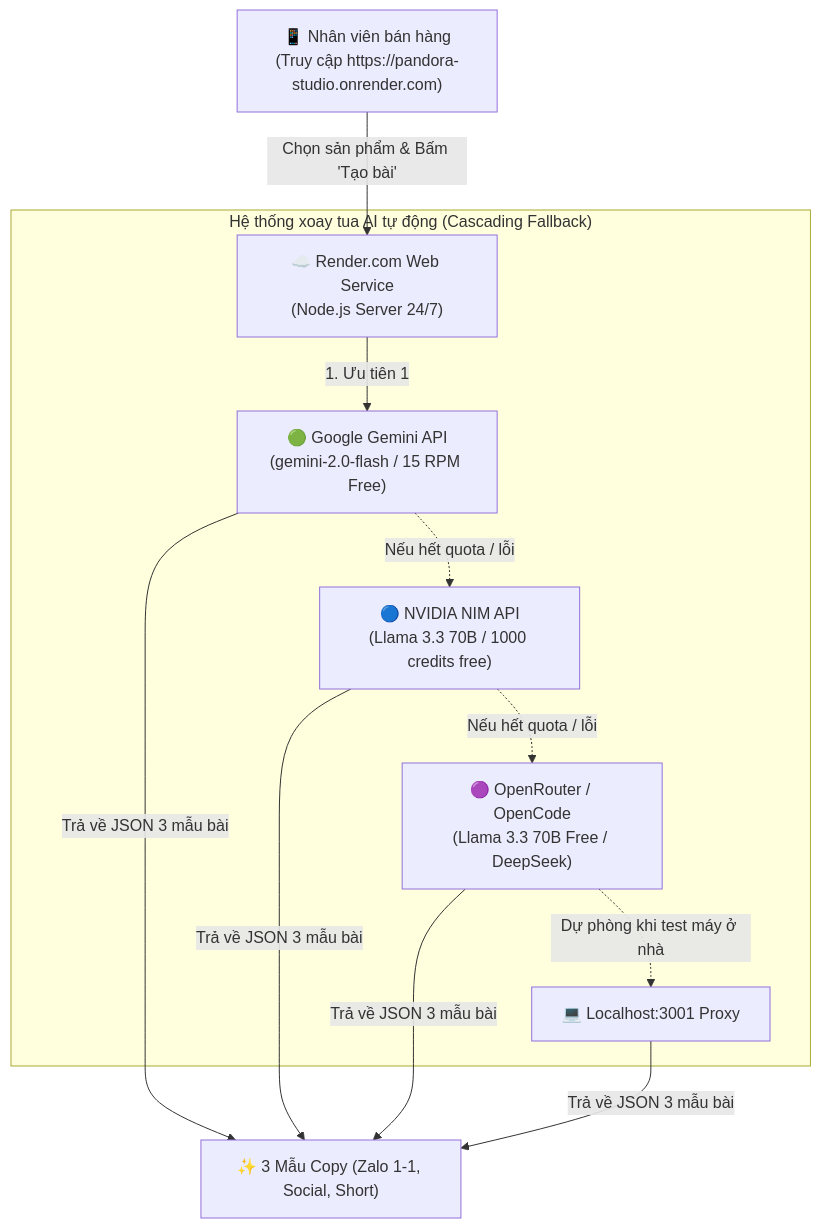
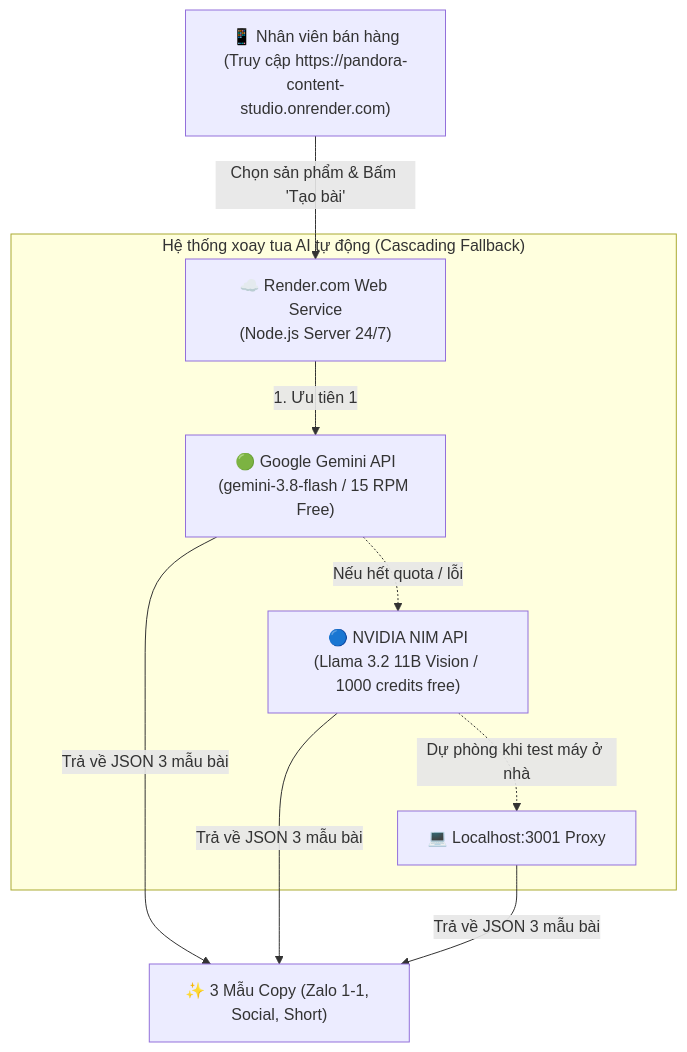
One commit to nguyenquocminhtrading-design/pandora-content-studio changed the diagram in PLAN_DEPLOY_RENDER.md. Above: the diagram before and after it, drawn with Mermaid. The commit also changed other lines of this file and 3 other files, not shown here.

Commit message:
feat: upgrade to gemini-3.8-flash & nvidia llama-3.2-11b, remove openrouter

````diff
--- a/PLAN_DEPLOY_RENDER.md
+++ b/PLAN_DEPLOY_RENDER.md
@@ -12,16 +12,14 @@
 ```mermaid
 flowchart TD
-    Staff["📱 Nhân viên bán hàng\n(Truy cập https://pandora-studio.onrender.com)"] -->|Chọn sản phẩm & Bấm 'Tạo bài'| Render["☁️ Render.com Web Service\n(Node.js Server 24/7)"]
+    Staff["📱 Nhân viên bán hàng\n(Truy cập https://pandora-content-studio.onrender.com)"] -->|Chọn sản phẩm & Bấm 'Tạo bài'| Render["☁️ Render.com Web Service\n(Node.js Server 24/7)"]
     
     subgraph MultiProvider ["Hệ thống xoay tua AI tự động (Cascading Fallback)"]
-        Render -->|1. Ưu tiên 1| Gemini["🟢 Google Gemini API\n(gemini-2.0-flash / 15 RPM Free)"]
-        Gemini -.->|Nếu hết quota / lỗi| Nvidia["🔵 NVIDIA NIM API\n(Llama 3.3 70B / 1000 credits free)"]
-        Nvidia -.->|Nếu hết quota / lỗi| OpenRouter["🟣 OpenRouter / OpenCode\n(Llama 3.3 70B Free / DeepSeek)"]
-        OpenRouter -.->|Dự phòng khi test máy ở nhà| LocalProxy["💻 Localhost:3001 Proxy"]
+        Render -->|1. Ưu tiên 1| Gemini["🟢 Google Gemini API\n(gemini-3.8-flash / 15 RPM Free)"]
+        Gemini -.->|Nếu hết quota / lỗi| Nvidia["🔵 NVIDIA NIM API\n(Llama 3.2 11B Vision / 1000 credits free)"]
+        Nvidia -.->|Dự phòng khi test máy ở nhà| LocalProxy["💻 Localhost:3001 Proxy"]
     end
     
     Gemini -->|Trả về JSON 3 mẫu bài| Output["✨ 3 Mẫu Copy (Zalo 1-1, Social, Short)"]
     Nvidia -->|Trả về JSON 3 mẫu bài| Output
-    OpenRouter -->|Trả về JSON 3 mẫu bài| Output
     LocalProxy -->|Trả về JSON 3 mẫu bài| Output
 ```
````
